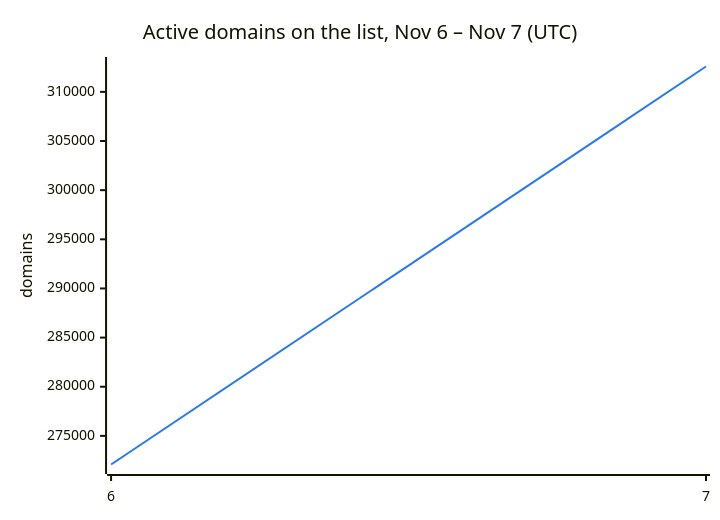
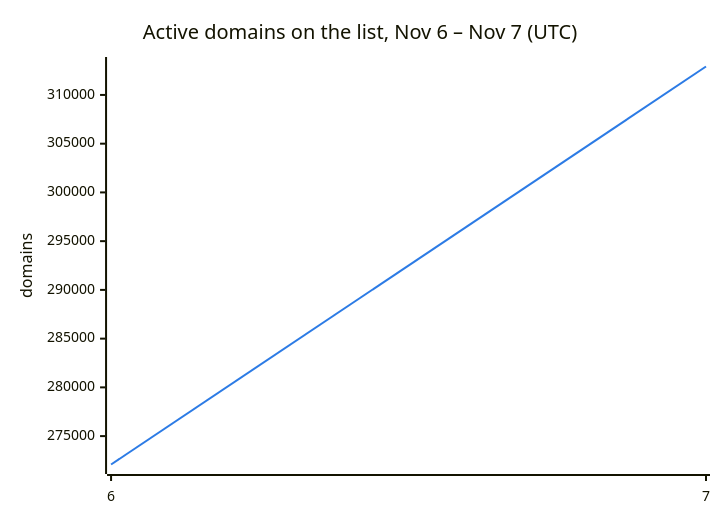
One commit to DNSBunker/CTI changed the second of 3 diagrams in README.md. Above: the diagram before and after it, drawn with Mermaid. The commit also changed other lines of this file and 3 other files, not shown here.

````diff
--- a/README.md
+++ b/README.md
@@ -38,8 +38,8 @@
 ```mermaid
 %%{init: {"themeVariables": {"xyChart": {"plotColorPalette": "#2c7be5"}}}}%%
 xychart-beta
     title "Active domains on the list, Nov 6 – Nov 7 (UTC)"
     x-axis ["6", "7"]
     y-axis "domains"
-    line [272088, 312582]
+    line [272088, 312917]
 ```
````
